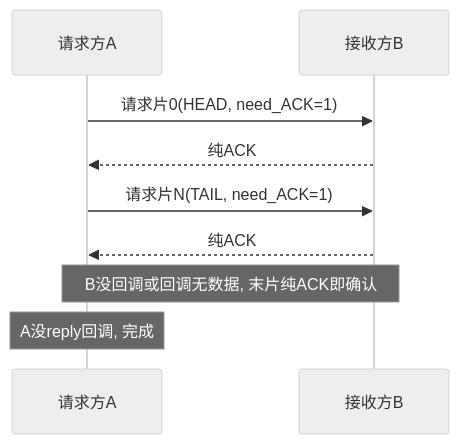
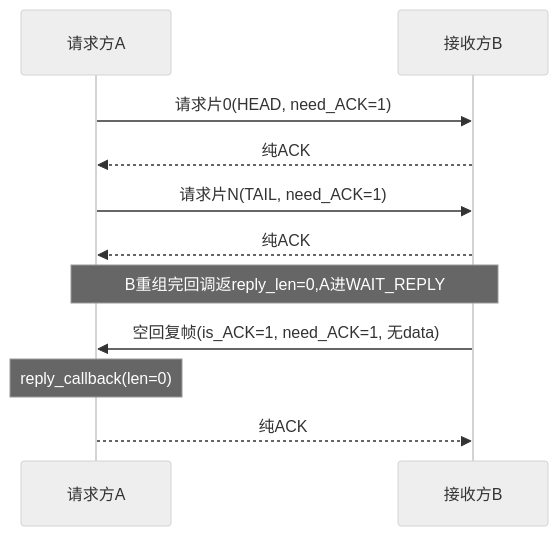
One commit to Siaiai/ObsidianNote changed the fourth of 13 diagrams in 工作/项目/代码/260401S3分拣面板-SIA-R9000P.md. Above: the diagram before and after it, drawn with Mermaid (neutral theme). The commit also changed other lines of this file and 1 other file, not shown here.

````diff
--- a/工作/项目/代码/260401S3分拣面板-SIA-R9000P.md
+++ b/工作/项目/代码/260401S3分拣面板-SIA-R9000P.md
@@ -109,11 +110,13 @@
 ```mermaid
 sequenceDiagram
     participant A as 请求方A
     participant B as 接收方B
     A->>B: 请求片0(HEAD, need_ACK=1)
     B-->>A: 纯ACK
     A->>B: 请求片N(TAIL, need_ACK=1)
     B-->>A: 纯ACK
-    Note over A,B: B没回调或回调无数据, 末片纯ACK即确认
-    Note over A: A没reply回调, 完成
+    Note over A,B: B重组完回调返reply_len=0,A进WAIT_REPLY
+    B->>A: 空回复帧(is_ACK=1, need_ACK=1, 无data)
+    Note over A: reply_callback(len=0)
+    A-->>B: 纯ACK
 ```
````
